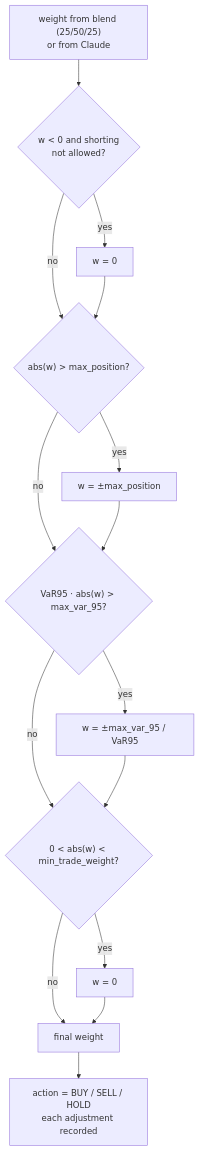
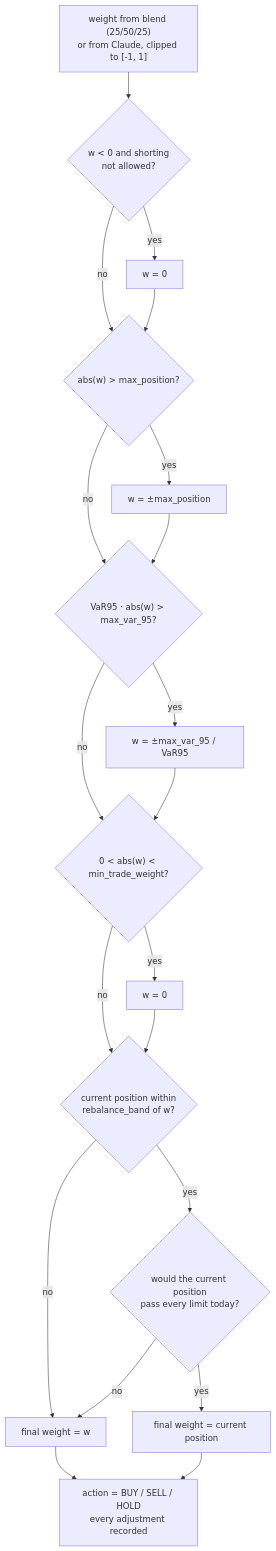
Before and after one commit to AshJha0/agentic-trader: the sixth of 16 diagrams in docs/DIAGRAMS.md, drawn with Mermaid. The commit also changed other lines of this file and 48 other files, not shown here.

````diff
--- a/docs/DIAGRAMS.md
+++ b/docs/DIAGRAMS.md
@@ -165,17 +203,22 @@
 ```mermaid
 flowchart TD
-    W["weight from blend (25/50/25)<br/>or from Claude"] --> S{"w < 0 and shorting<br/>not allowed?"}
+    W["weight from blend (25/50/25)<br/>or from Claude, clipped to [-1, 1]"] --> S{"w < 0 and shorting<br/>not allowed?"}
     S -- yes --> Z1[w = 0]
     S -- no --> C{"abs(w) > max_position?"}
     Z1 --> C
     C -- yes --> C1["w = ±max_position"]
     C -- no --> V{"VaR95 · abs(w) > max_var_95?"}
     C1 --> V
     V -- yes --> V1["w = ±max_var_95 / VaR95"]
     V -- no --> MN{"0 < abs(w) < min_trade_weight?"}
     V1 --> MN
     MN -- yes --> Z2[w = 0]
-    MN -- no --> F[final weight]
-    Z2 --> F
-    F --> A["action = BUY / SELL / HOLD<br/>each adjustment recorded"]
+    MN -- no --> BAND
+    Z2 --> BAND{"current position within<br/>rebalance_band of w?"}
+    BAND -- no --> F[final weight = w]
+    BAND -- yes --> LEGAL{"would the current position<br/>pass every limit today?"}
+    LEGAL -- yes --> KEEP[final weight = current position]
+    LEGAL -- no --> F
+    F --> A["action = BUY / SELL / HOLD<br/>every adjustment recorded"]
+    KEEP --> A
 ```
````
